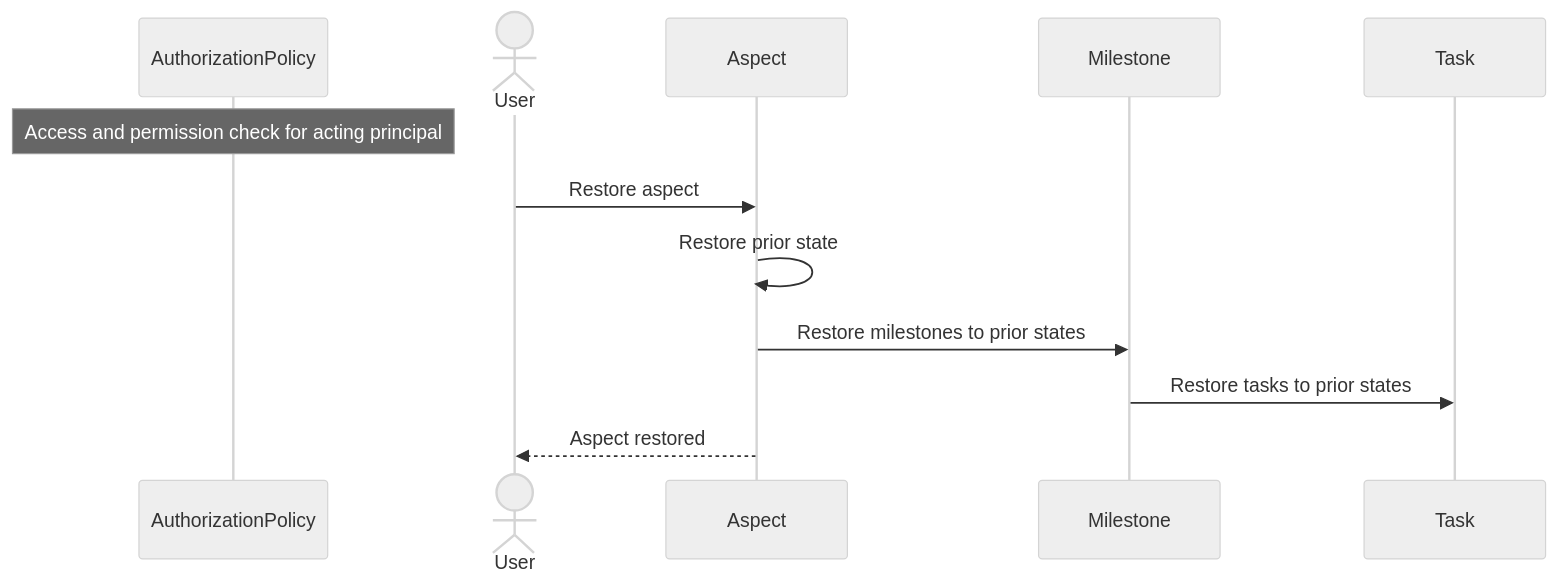
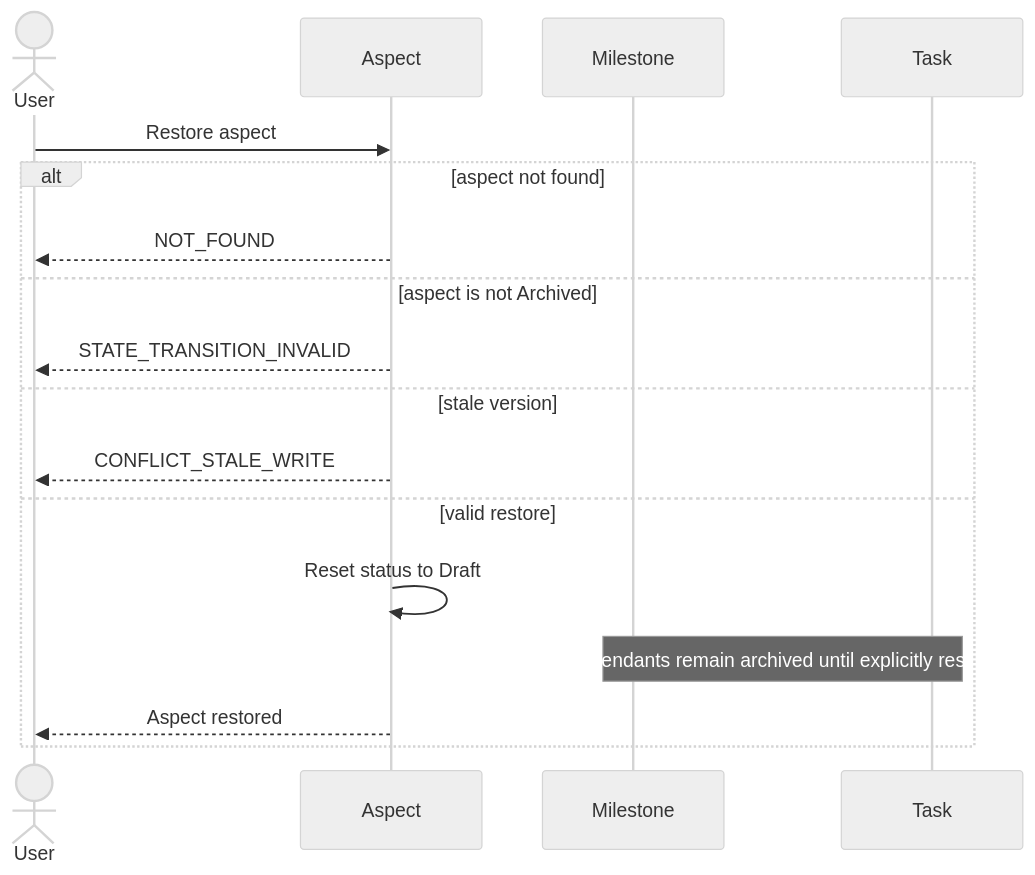
The fifth of 13 diagrams in architecture/sequence-diagrams/02-aspects-milestones.md (ChidiRnweke/margin), drawn with Mermaid (neutral theme) before and after one commit. The commit also changed other lines of this file and 12 other files, not shown here.

Commit message:
Enhance sequence diagrams and introduce traceability matrix

````diff
--- a/architecture/sequence-diagrams/02-aspects-milestones.md
+++ b/architecture/sequence-diagrams/02-aspects-milestones.md
@@ -72,14 +101,19 @@
 ```mermaid
 sequenceDiagram
-    participant G as AuthorizationPolicy
-    Note over G: Access and permission check for acting principal
     actor U as User
     participant A as Aspect
     participant M as Milestone
     participant T as Task
     U->>A: Restore aspect
-    A->>A: Restore prior state
-    A->>M: Restore milestones to prior states
-    M->>T: Restore tasks to prior states
-    A-->>U: Aspect restored
+    alt aspect not found
+        A-->>U: NOT_FOUND
+    else aspect is not Archived
+        A-->>U: STATE_TRANSITION_INVALID
+    else stale version
+        A-->>U: CONFLICT_STALE_WRITE
+    else valid restore
+        A->>A: Reset status to Draft
+        Note over M,T: Descendants remain archived until explicitly restored
+        A-->>U: Aspect restored
+    end
 ```
````
